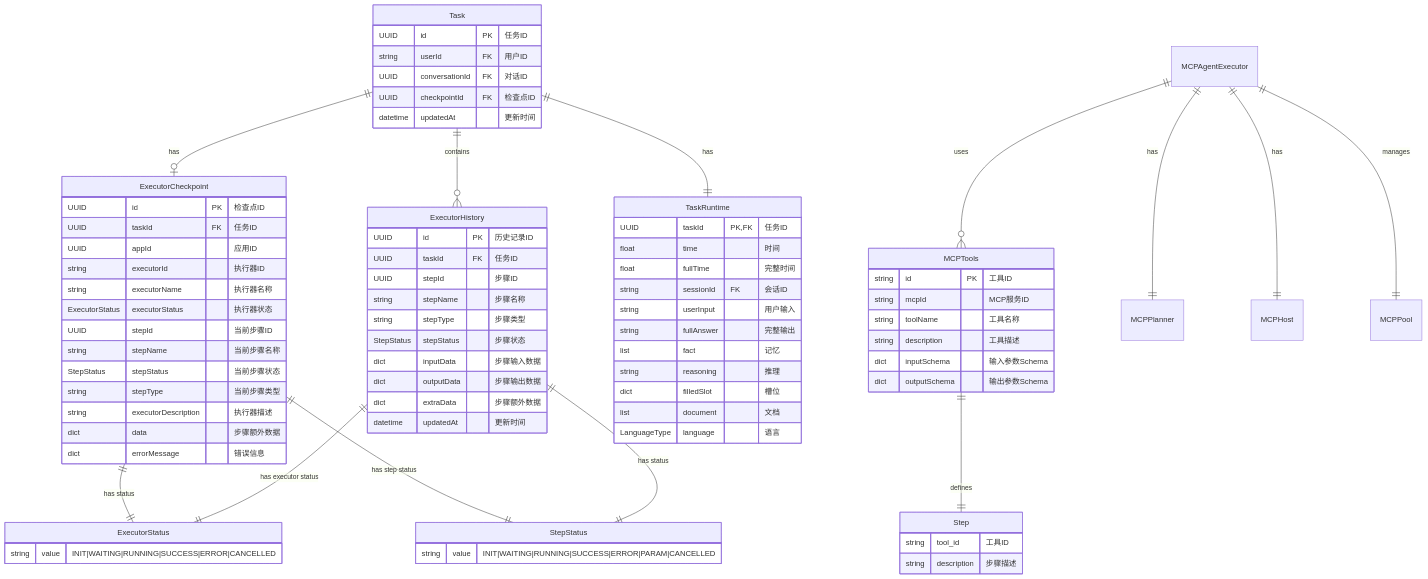
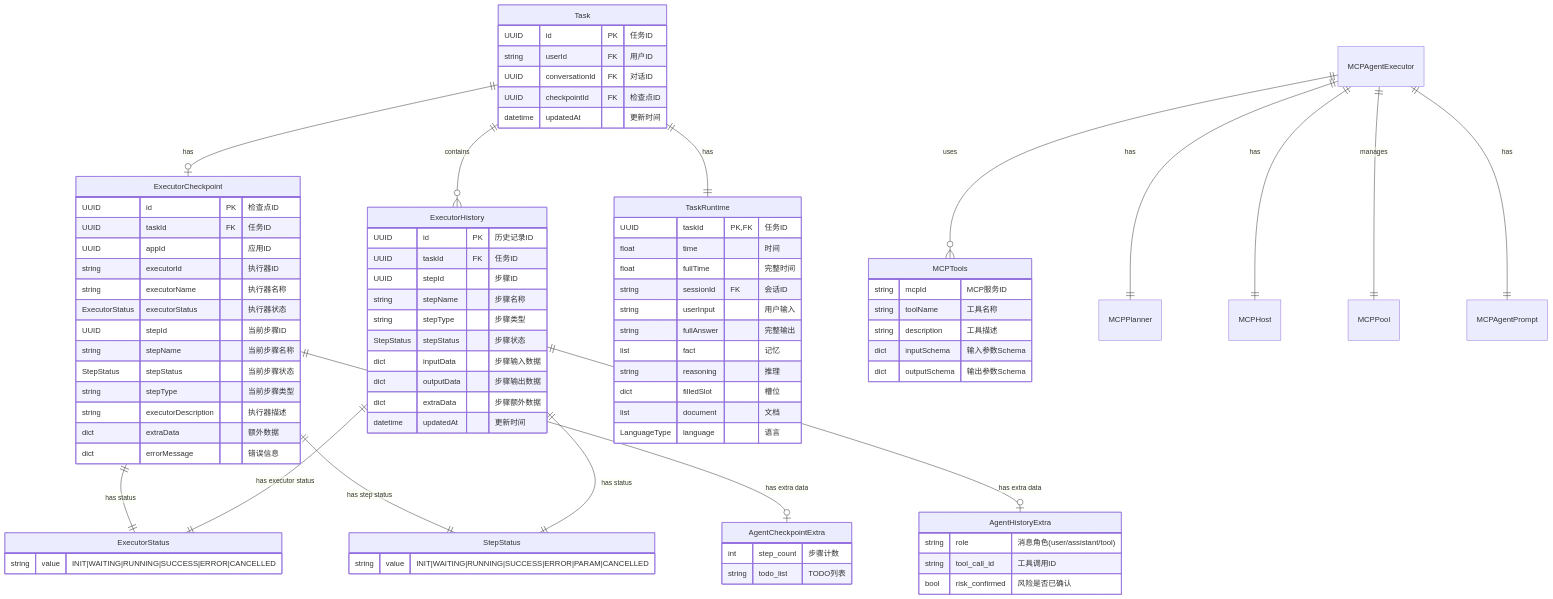
Before and after one commit to openeuler-mirror/euler-copilot-framework: the eighth of 13 diagrams in design/executor/agent.md, drawn with Mermaid. The commit also changed other lines of this file and 3 other files, not shown here.

```diff
--- a/design/executor/agent.md
+++ b/design/executor/agent.md
@@ -700,13 +1015,15 @@
     Task ||--|| TaskRuntime : "has"
     ExecutorCheckpoint ||--|| ExecutorStatus : "has status"
     ExecutorCheckpoint ||--|| StepStatus : "has step status"
+    ExecutorCheckpoint ||--o| AgentCheckpointExtra : "has extra data"
     ExecutorHistory ||--|| StepStatus : "has status"
     ExecutorHistory ||--|| ExecutorStatus : "has executor status"
+    ExecutorHistory ||--o| AgentHistoryExtra : "has extra data"
     MCPAgentExecutor ||--o{ MCPTools : "uses"
     MCPAgentExecutor ||--|| MCPPlanner : "has"
     MCPAgentExecutor ||--|| MCPHost : "has"
     MCPAgentExecutor ||--|| MCPPool : "manages"
-    MCPTools ||--|| Step : "defines"
+    MCPAgentExecutor ||--|| MCPAgentPrompt : "has"
 
     Task {
         UUID id PK "任务ID"
@@ -742,7 +1059,7 @@
         StepStatus stepStatus "当前步骤状态"
         string stepType "当前步骤类型"
         string executorDescription "执行器描述"
-        dict data "步骤额外数据"
+        dict extraData "额外数据"
         dict errorMessage "错误信息"
     }
 
@@ -760,7 +1077,6 @@
     }
 
     MCPTools {
-        string id PK "工具ID"
         string mcpId "MCP服务ID"
         string toolName "工具名称"
         string description "工具描述"
@@ -768,9 +1084,15 @@
         dict outputSchema "输出参数Schema"
     }
 
-    Step {
-        string tool_id "工具ID"
-        string description "步骤描述"
+    AgentCheckpointExtra {
+        int step_count "步骤计数"
+        string todo_list "TODO列表"
+    }
+
+    AgentHistoryExtra {
+        string role "消息角色(user/assistant/tool)"
+        string tool_call_id "工具调用ID"
+        bool risk_confirmed "风险是否已确认"
     }
 
     ExecutorStatus {
```
